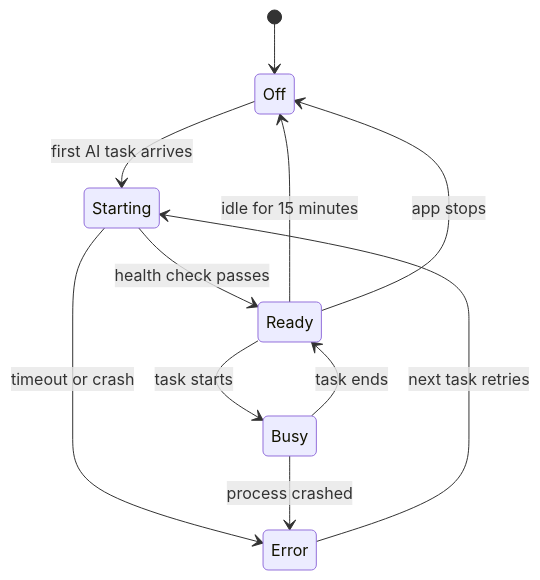
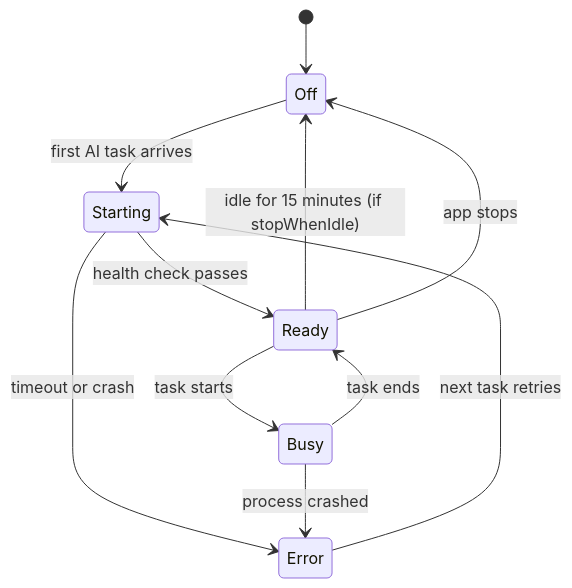
The ninth of 11 diagrams in docs/architecture.md (aximili/job-registry), drawn with Mermaid before and after one commit. The commit also changed other lines of this file and 34 other files, not shown here.

````diff
--- a/docs/architecture.md
+++ b/docs/architecture.md
@@ -659,13 +659,13 @@
 ```mermaid
 stateDiagram-v2
   [*] --> Off
   Off --> Starting: first AI task arrives
   Starting --> Ready: health check passes
   Starting --> Error: timeout or crash
   Ready --> Busy: task starts
   Busy --> Ready: task ends
   Busy --> Error: process crashed
-  Ready --> Off: idle for 15 minutes
+  Ready --> Off: idle for 15 minutes (if stopWhenIdle)
   Error --> Starting: next task retries
   Ready --> Off: app stops
 ```
````
